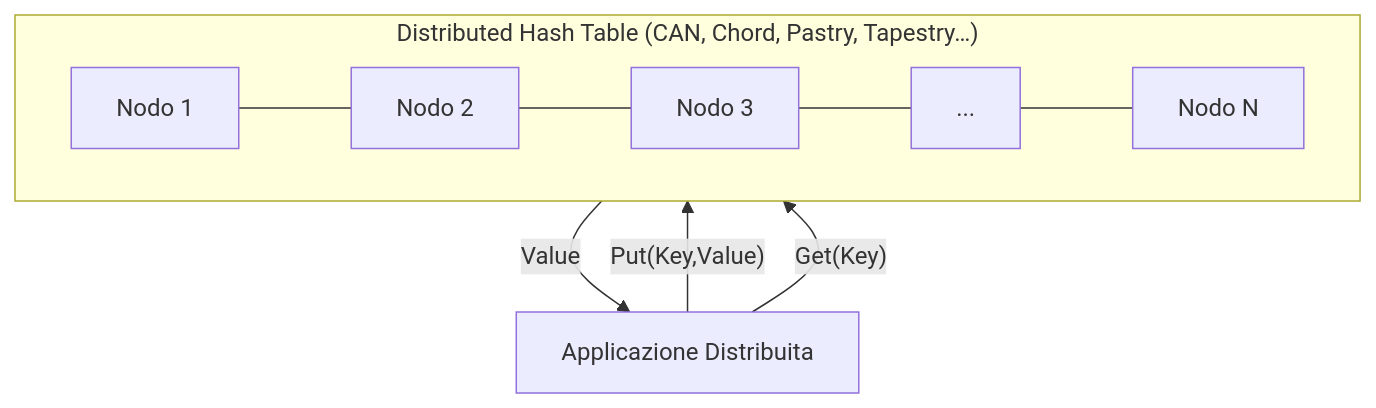
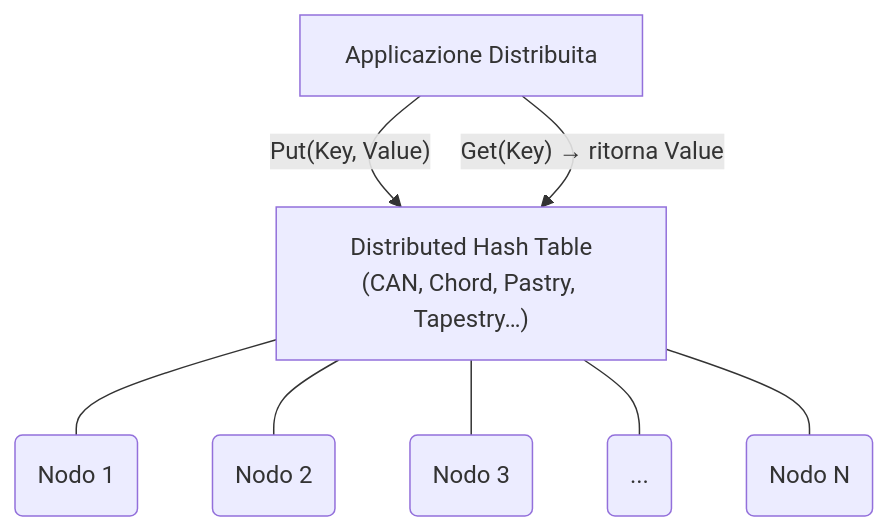
Before and after one commit to mariostabile1/Appunti-Universitari-Magistrale: the fourth of 4 diagrams in 2 Semestre 1 Anno/Peer to Peer Systems and Blockchain/Lezione 3 - Retrieving Content e DHT.md, drawn with Mermaid. The commit also changed other lines of this file, not shown here.

Commit message:
Fixato grafico e tabella: 2026-04-17 12:28:44

````diff
--- a/2 Semestre 1 Anno/Peer to Peer Systems and Blockchain/Lezione 3 - Retrieving Content e DHT.md
+++ b/2 Semestre 1 Anno/Peer to Peer Systems and Blockchain/Lezione 3 - Retrieving Content e DHT.md
@@ -298,13 +298,14 @@
 ```mermaid
 %%{init: {"flowchart": {"useMaxWidth": true}}}%%
 flowchart TD
-    APP["Applicazione Distribuita"] -- "Put(Key,Value)" --> DHT
-    APP -- "Get(Key)" --> DHT
-    DHT -- "Value" --> APP
-    subgraph DHT["Distributed Hash Table (CAN, Chord, Pastry, Tapestry…)"]
-        N1["Nodo 1"] --- N2["Nodo 2"]
-        N2 --- N3["Nodo 3"]
-        N3 --- ND["..."]
-        ND --- NN["Nodo N"]
-    end
+    APP["Applicazione Distribuita"]
+    APP -- "Put(Key, Value)" --> DHTBOX
+    APP -- "Get(Key)  →  ritorna Value" --> DHTBOX
+    DHTBOX["Distributed Hash Table<br/>(CAN, Chord, Pastry, Tapestry…)"]
+    DHTBOX --- N1 & N2 & N3 & ND & NN
+    N1("Nodo 1")
+    N2("Nodo 2")
+    N3("Nodo 3")
+    ND("...")
+    NN("Nodo N")
 ```
````
